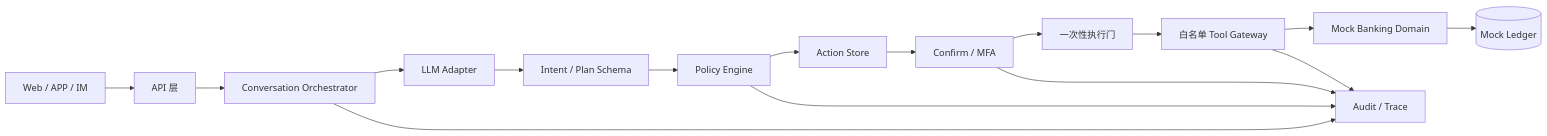
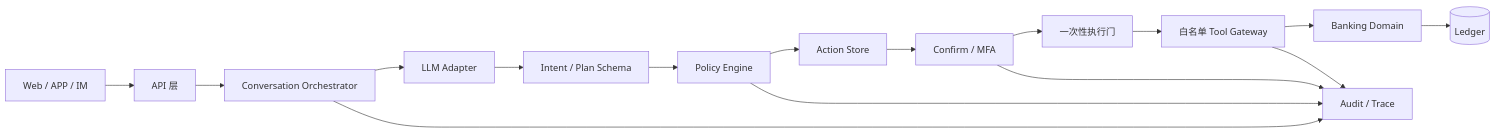
The second of 3 diagrams in docs/技术方案.md (cffa-as/bankagent), drawn with Mermaid before and after one commit. The commit also changed other lines of this file and 19 other files, not shown here.

````diff
--- a/docs/技术方案.md
+++ b/docs/技术方案.md
@@ -110,18 +110,18 @@
 ```mermaid
 flowchart LR
     U[Web / APP / IM] --> G[API 层]
     G --> O[Conversation Orchestrator]
     O --> L[LLM Adapter]
     L --> V[Intent / Plan Schema]
     V --> P[Policy Engine]
     P --> A[Action Store]
     A --> C[Confirm / MFA]
     C --> X[一次性执行门]
     X --> T[白名单 Tool Gateway]
-    T --> B[Mock Banking Domain]
-    B --> D[(Mock Ledger)]
+    T --> B[Banking Domain]
+    B --> D[(Ledger)]
     O --> R[Audit / Trace]
     P --> R
     C --> R
     T --> R
 ```
````
